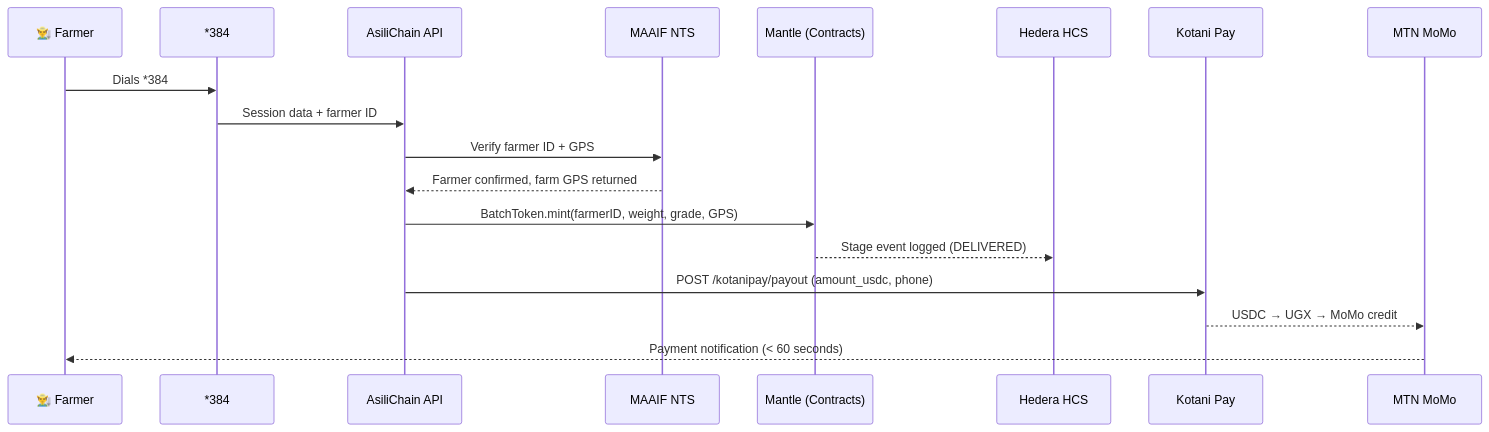
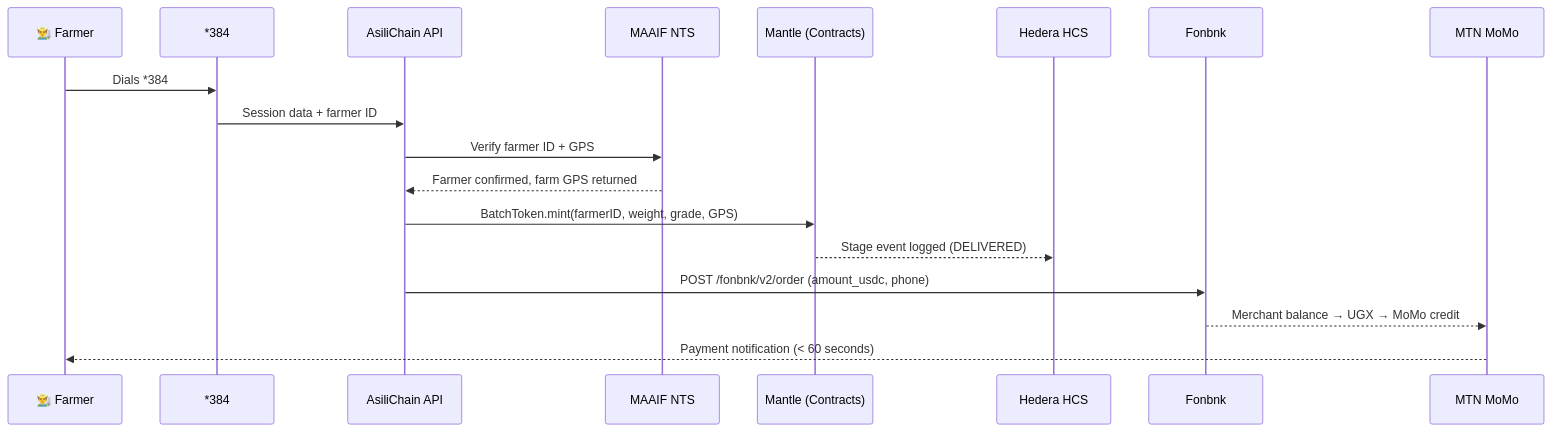
Before and after one commit to AsiliChain/docs: the first of 2 diagrams in src/content/docs/overview/how-it-works.mdx, drawn with Mermaid. The commit also changed other lines of this file and 35 other files, not shown here.

First line of the commit message:
docs(integrations): migrate docs from Kotani Pay to Fonbnk payment provider

````diff
--- a/src/content/docs/overview/how-it-works.mdx
+++ b/src/content/docs/overview/how-it-works.mdx
@@ -17,20 +17,20 @@
 ```mermaid
 sequenceDiagram
     participant F as 👨‍🌾 Farmer
     participant USSD as *384# USSD
     participant API as AsiliChain API
     participant MAAIF as MAAIF NTS
     participant M as Mantle (Contracts)
     participant H as Hedera HCS
-    participant KP as Kotani Pay
+    participant FB as Fonbnk
     participant MTN as MTN MoMo
     F->>USSD: Dials *384#, selects "Deliver coffee"
     USSD->>API: Session data + farmer ID
     API->>MAAIF: Verify farmer ID + GPS
     MAAIF-->>API: Farmer confirmed, farm GPS returned
     API->>M: BatchToken.mint(farmerID, weight, grade, GPS)
     M-->>H: Stage event logged (DELIVERED)
-    API->>KP: POST /kotanipay/payout (amount_usdc, phone)
-    KP-->>MTN: USDC → UGX → MoMo credit
+    API->>FB: POST /fonbnk/v2/order (amount_usdc, phone)
+    FB-->>MTN: Merchant balance → UGX → MoMo credit
     MTN-->>F: Payment notification (< 60 seconds)
 ```
````
